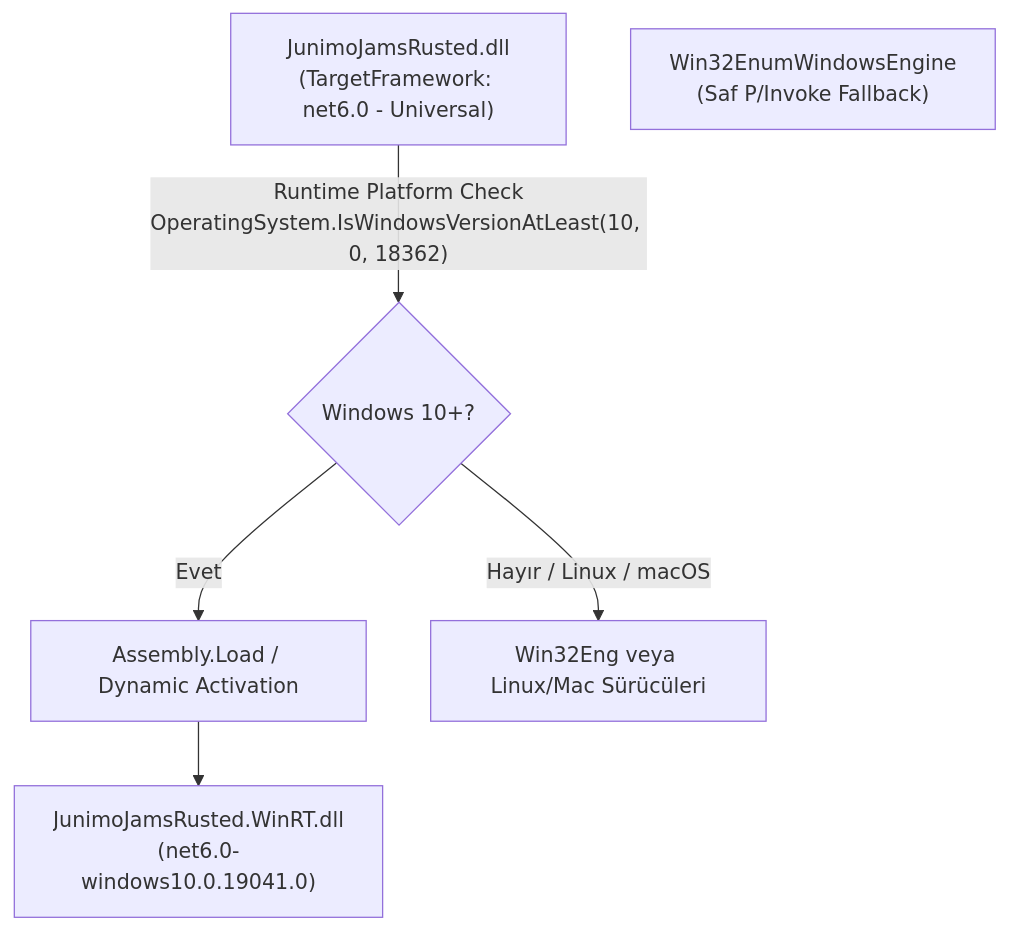
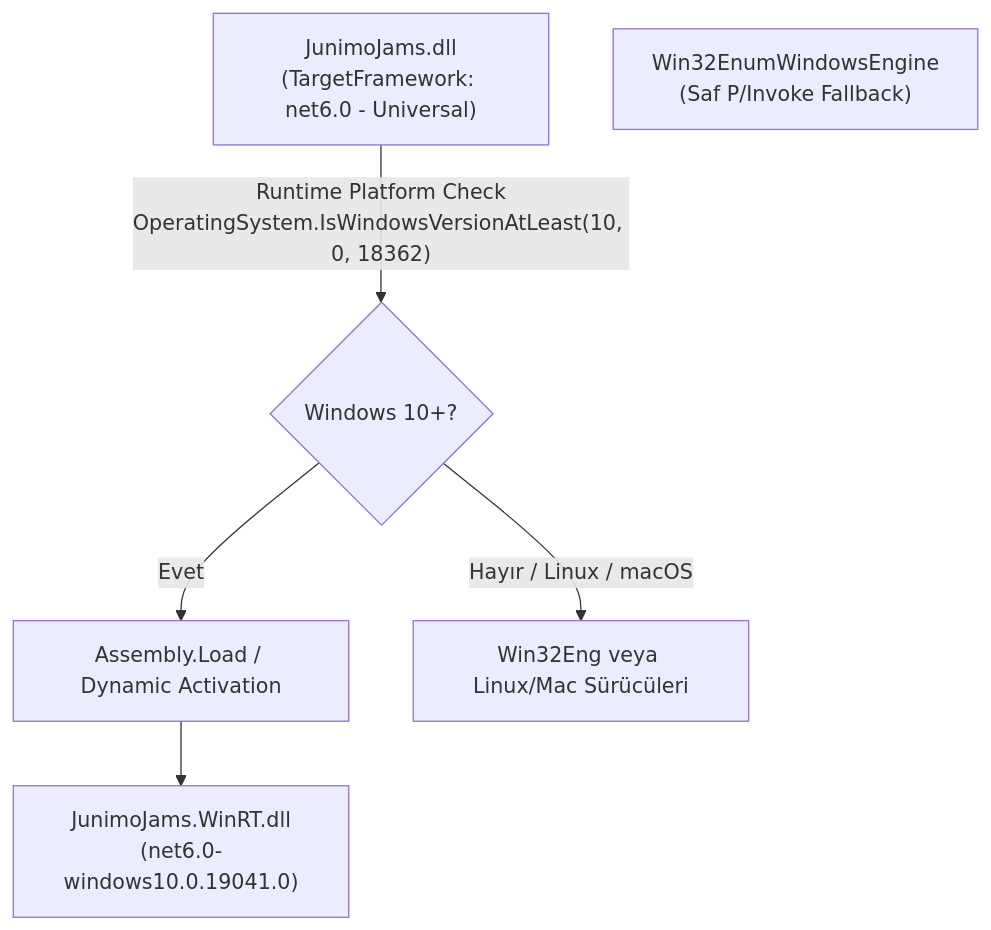
Before and after one commit to MehmetCanWT/JunimoJams: the fifth of 8 diagrams in research/02-windows-gsmtc-winrt-and-win32-media-apis.md, drawn with Mermaid. The commit also changed other lines of this file and 38 other files, not shown here.

Commit message:
refactor: rename project to JunimoJams and prepare for release

````diff
--- a/research/02-windows-gsmtc-winrt-and-win32-media-apis.md
+++ b/research/02-windows-gsmtc-winrt-and-win32-media-apis.md
@@ -345,11 +345,11 @@
 ```mermaid
 flowchart TD
-    CoreMod["JunimoJamsRusted.dll\n(TargetFramework: net6.0 - Universal)"]
-    Bridge["JunimoJamsRusted.WinRT.dll\n(net6.0-windows10.0.19041.0)"]
+    CoreMod["JunimoJams.dll\n(TargetFramework: net6.0 - Universal)"]
+    Bridge["JunimoJams.WinRT.dll\n(net6.0-windows10.0.19041.0)"]
     Win32Eng["Win32EnumWindowsEngine\n(Saf P/Invoke Fallback)"]
 
     CoreMod -->|"Runtime Platform Check\nOperatingSystem.IsWindowsVersionAtLeast(10, 0, 18362)"| Check{Windows 10+?}
     Check -->|Evet| LoadDLL["Assembly.Load / Dynamic Activation"]
     LoadDLL --> Bridge
     Check -->|Hayır / Linux / macOS| Fallback["Win32Eng veya Linux/Mac Sürücüleri"]
 ```
````
